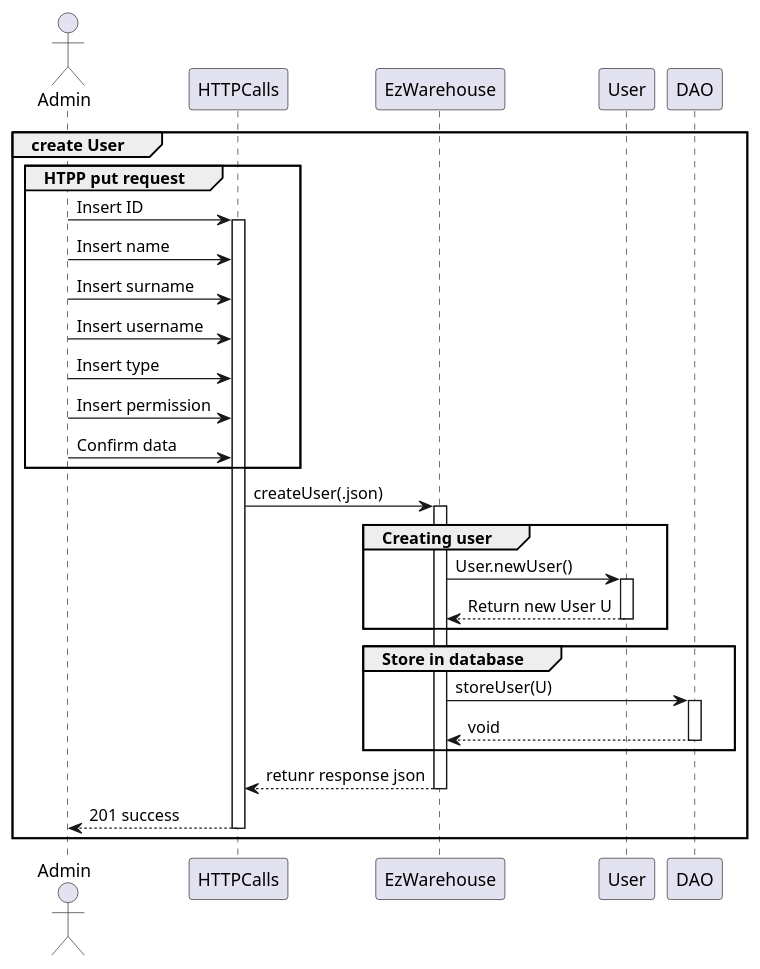
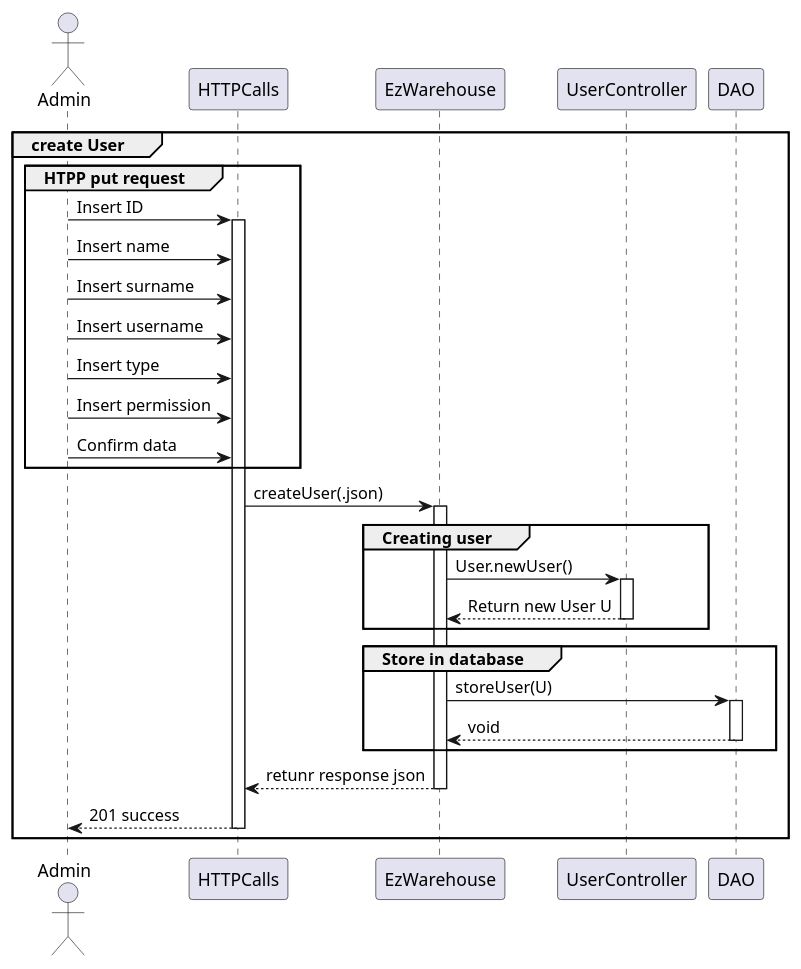
Before and after one commit to DavideArcolini/SoftEng_garbageCollector: the ninth of 19 diagrams in DesignDocument.md, drawn with PlantUML. The commit also changed other lines of this file and 5 other files, not shown here.

````diff
--- a/DesignDocument.md
+++ b/DesignDocument.md
@@ -547,42 +551,42 @@
 ```plantuml
 actor Admin 
 participant HTTPCalls
 participant EzWarehouse
-participant User
+participant UserController as User
 participant DAO
 
 group create User
 group HTPP put request
 Admin->HTTPCalls: Insert ID
 activate HTTPCalls
 Admin->HTTPCalls: Insert name
 Admin->HTTPCalls: Insert surname
 Admin->HTTPCalls: Insert username
 Admin->HTTPCalls: Insert type
 Admin->HTTPCalls: Insert permission
 Admin->HTTPCalls: Confirm data
 end
 
 HTTPCalls->EzWarehouse: createUser(.json)
 
 group Creating user
 activate EzWarehouse
 EzWarehouse->User: User.newUser()
 activate User
 User-->EzWarehouse: Return new User U
 deactivate User
 end
 
 group Store in database
 EzWarehouse->DAO: storeUser(U)
 activate DAO
 DAO-->EzWarehouse: void
 deactivate DAO
 end
 
 EzWarehouse-->HTTPCalls: retunr response json
 deactivate EzWarehouse
 HTTPCalls-->Admin: 201 success
 deactivate HTTPCalls
 end
 ```
````
